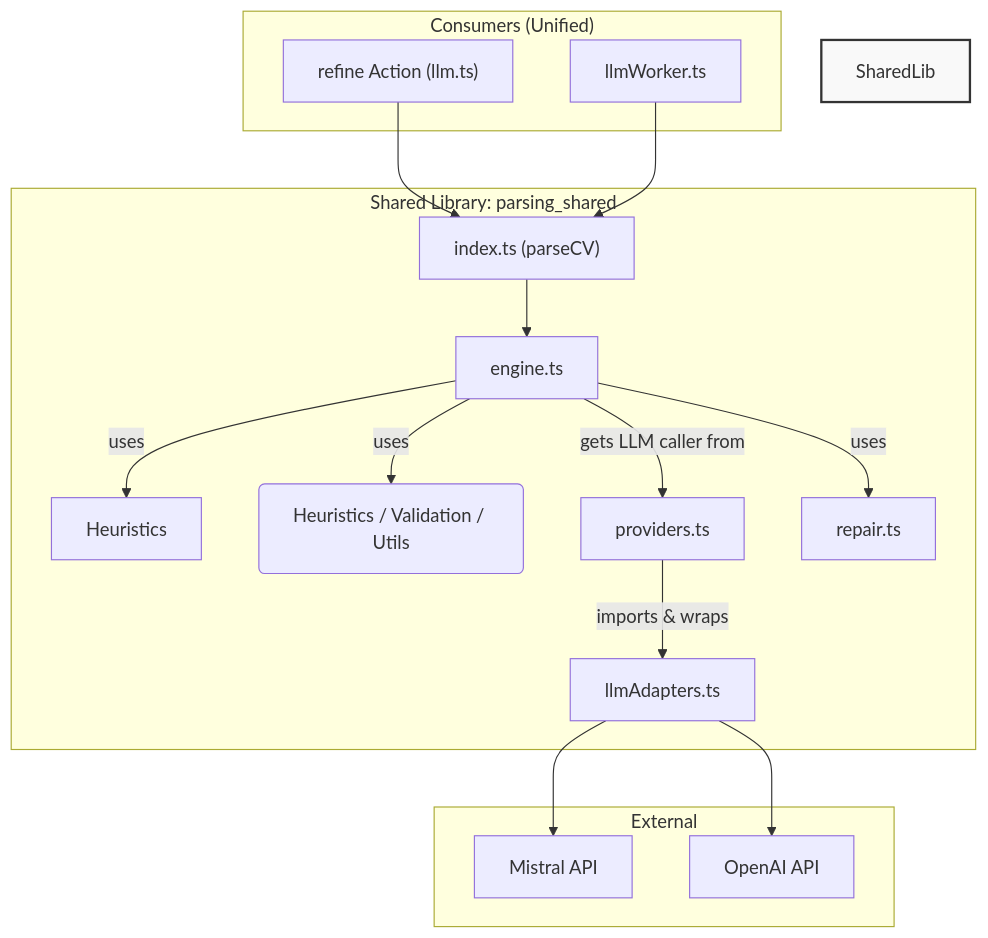
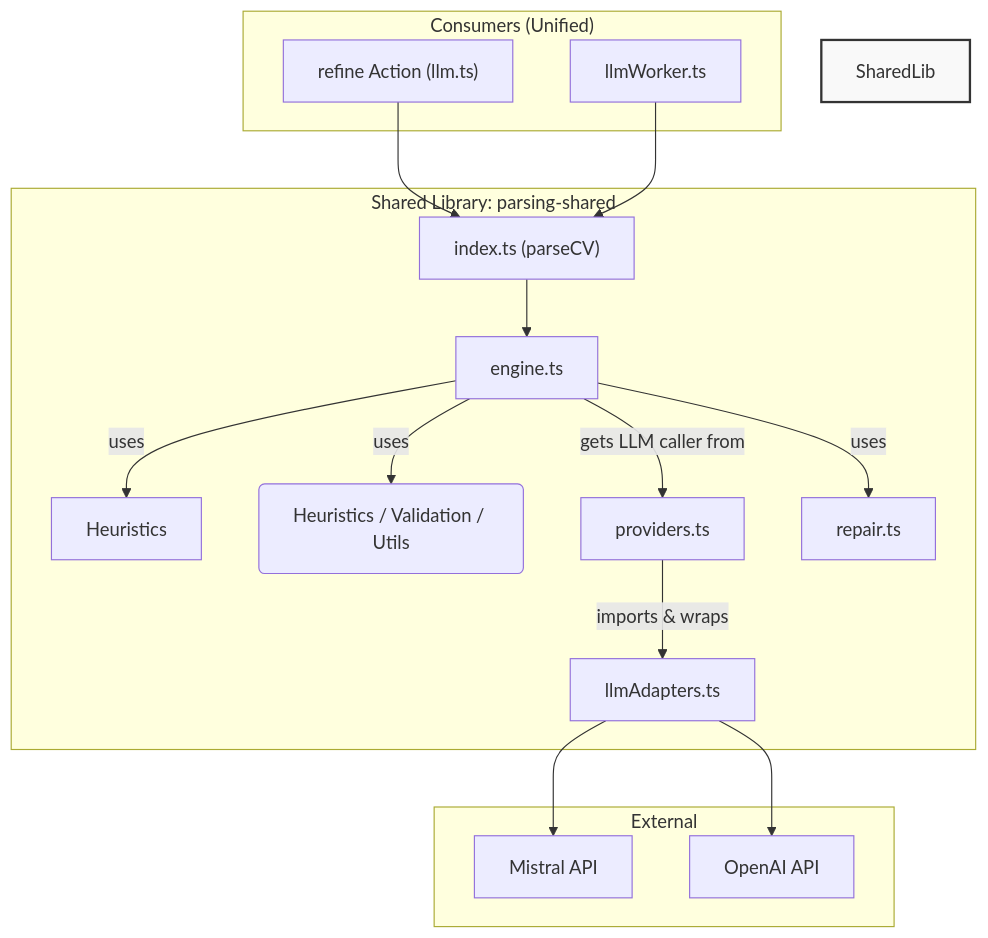
Before and after one commit to panamini/neyssan: the diagram in docs/proposal_doc/docs/Parsing_Audit_and_Refactor_Plan.md, drawn with Mermaid. The commit also changed other lines of this file and 2 other files, not shown here.

````diff
--- a/docs/proposal_doc/docs/Parsing_Audit_and_Refactor_Plan.md
+++ b/docs/proposal_doc/docs/Parsing_Audit_and_Refactor_Plan.md
@@ -96,31 +96,31 @@
 ```mermaid
 graph TD
     subgraph "Consumers (Unified)"
         RefineAction["refine Action (llm.ts)"]
         LLMWorker["llmWorker.ts"]
     end
 
-    subgraph "Shared Library: parsing_shared"
+    subgraph "Shared Library: parsing-shared"
         style SharedLib fill:#f9f9f9,stroke:#333,stroke-width:2px
 
         PublicAPI["index.ts (parseCV)"] --> Engine
         Engine["engine.ts"] -->|uses| Heuristics & Validation
         Engine -->|"gets LLM caller from"| Providers["providers.ts"]
         Providers -->|"imports & wraps"| Adapters["llmAdapters.ts"]
         Engine -->|"uses"| Repair["repair.ts"]
         Heuristics & Validation(Heuristics / Validation / Utils)
 
     end
 
     RefineAction --> PublicAPI
     LLMWorker --> PublicAPI
 
     subgraph "External"
         Mistral["Mistral API"]
         OpenAI["OpenAI API"]
     end
 
     Adapters --> Mistral
     Adapters --> OpenAI
 
 ```
````
